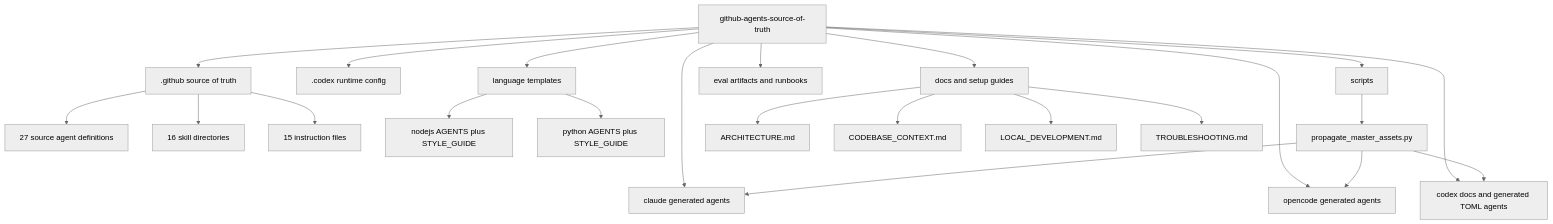
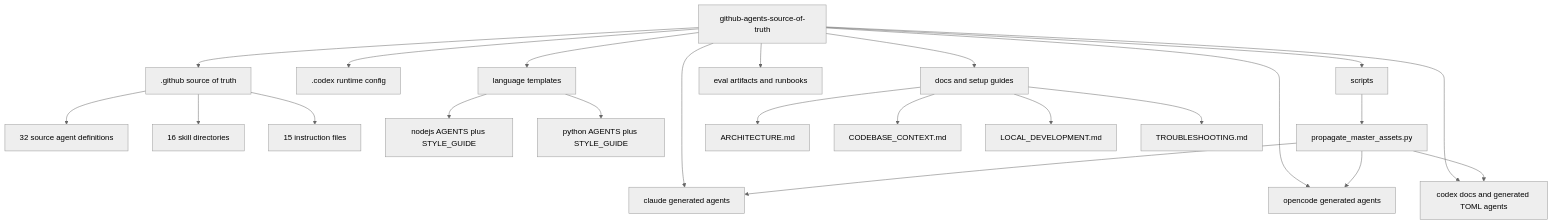
The first of 3 diagrams in docs/ARCHITECTURE.md (threnjen/thren-agentic-workflows), drawn with Mermaid (neutral theme) before and after one commit. The commit also changed other lines of this file and 11 other files, not shown here.

````diff
--- a/docs/ARCHITECTURE.md
+++ b/docs/ARCHITECTURE.md
@@ -17,31 +17,31 @@
 ```mermaid
 flowchart TD
     Root[github-agents-source-of-truth]
 
     Root --> GH[.github source of truth]
     Root --> Claude[claude generated agents]
     Root --> OpenCode[opencode generated agents]
     Root --> Codex[codex docs and generated TOML agents]
     Root --> Runtime[.codex runtime config]
     Root --> Templates[language templates]
     Root --> Docs[docs and setup guides]
     Root --> Eval[eval artifacts and runbooks]
     Root --> Scripts[scripts]
 
-    GH --> GHAgents[27 source agent definitions]
+    GH --> GHAgents[32 source agent definitions]
     GH --> GHSkills[16 skill directories]
     GH --> GHInstructions[15 instruction files]
 
     Templates --> Node[nodejs AGENTS plus STYLE_GUIDE]
     Templates --> Python[python AGENTS plus STYLE_GUIDE]
 
     Scripts --> Propagate[propagate_master_assets.py]
     Propagate --> Claude
     Propagate --> OpenCode
     Propagate --> Codex
 
     Docs --> ArchitectureDoc[ARCHITECTURE.md]
     Docs --> ContextDoc[CODEBASE_CONTEXT.md]
     Docs --> LocalDevDoc[LOCAL_DEVELOPMENT.md]
     Docs --> TroubleshootingDoc[TROUBLESHOOTING.md]
 ```
````
